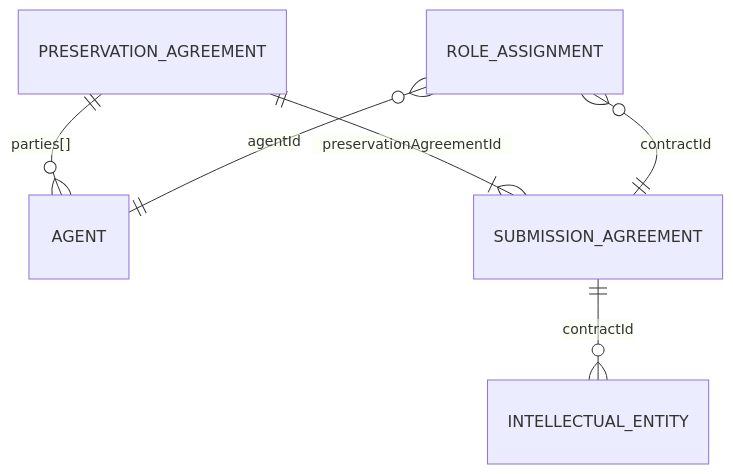
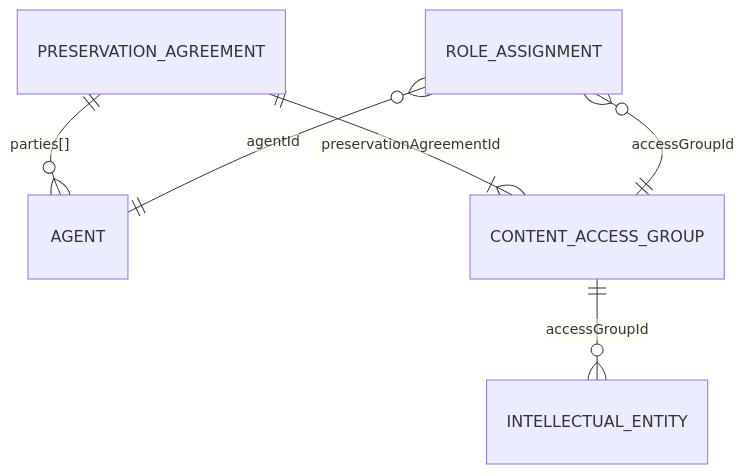
One commit to NationalLibraryOfNorway/digitalpreservation-blog.nb.no changed the second of 2 diagrams in content/docs/dps/agreements/_index.md. Above: the diagram before and after it, drawn with Mermaid. The commit also changed other lines of this file, not shown here.

Commit message:
revise agreement model draft: CAG rename, polymorphic rightsBasis, role immutability, move enforceable scope to PA

````diff
--- a/content/docs/dps/agreements/_index.md
+++ b/content/docs/dps/agreements/_index.md
@@ -135,8 +139,8 @@
 ```mermaid
 erDiagram
     PRESERVATION_AGREEMENT ||--o{ AGENT : "parties[]"
-    PRESERVATION_AGREEMENT ||--|{ SUBMISSION_AGREEMENT : "preservationAgreementId"
-    ROLE_ASSIGNMENT }o--|| SUBMISSION_AGREEMENT : "contractId"
+    PRESERVATION_AGREEMENT ||--|{ CONTENT_ACCESS_GROUP : "preservationAgreementId"
+    ROLE_ASSIGNMENT }o--|| CONTENT_ACCESS_GROUP : "accessGroupId"
     ROLE_ASSIGNMENT }o--|| AGENT : "agentId"
-    SUBMISSION_AGREEMENT ||--o{ INTELLECTUAL_ENTITY : "contractId"
+    CONTENT_ACCESS_GROUP ||--o{ INTELLECTUAL_ENTITY : "accessGroupId"
 ```
````
